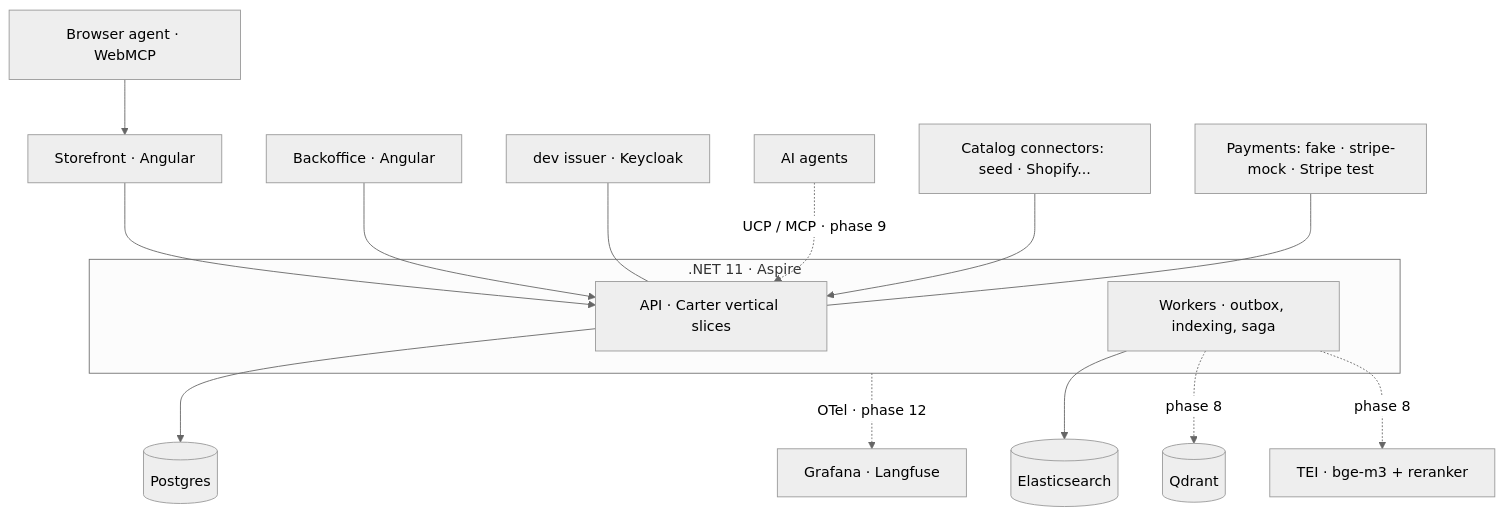
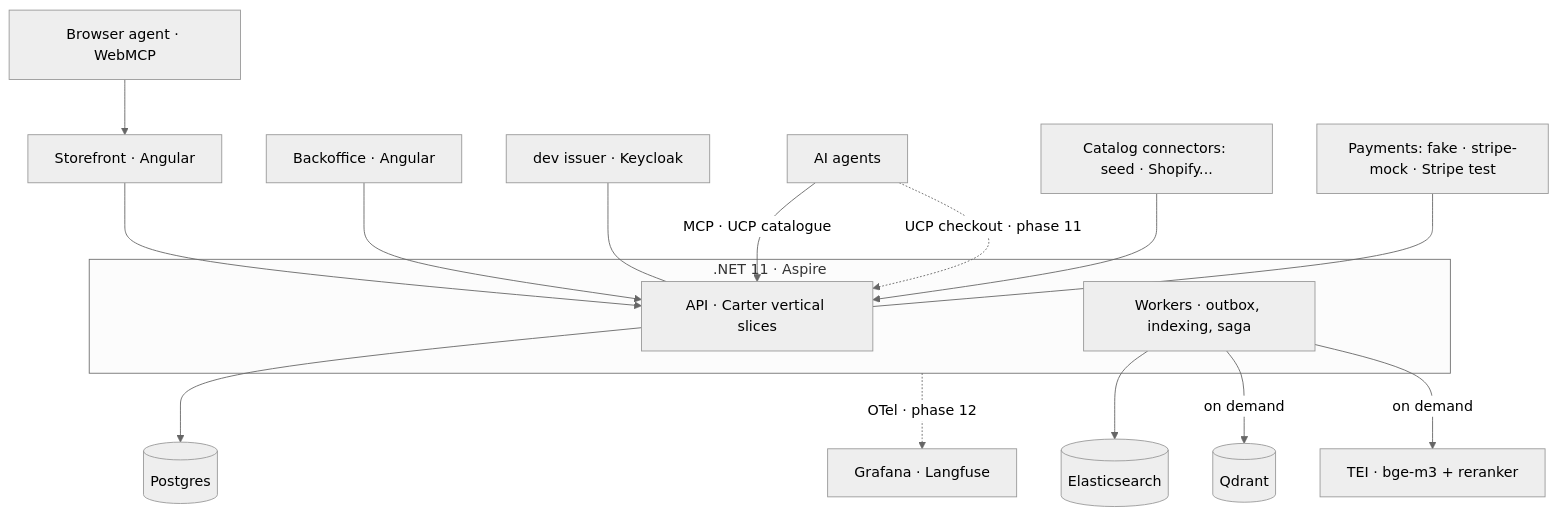
The diagram in README.md (juanluelguerre/tendero), drawn with Mermaid (neutral theme) before and after one commit. The commit also changed other lines of this file and 1 other file, not shown here.

````diff
--- a/README.md
+++ b/README.md
@@ -58,19 +61,20 @@
 ```mermaid
 flowchart TB
     WM[Browser agent · WebMCP] --> SF
     SF[Storefront · Angular] --> API
     BO[Backoffice · Angular] --> API
     IDP[dev issuer · Keycloak] --- API
-    AG[AI agents] -.->|UCP / MCP · phase 9| API
+    AG[AI agents] -->|MCP · UCP catalogue| API
+    AG -.->|UCP checkout · phase 11| API
     subgraph Backend [.NET 11 · Aspire]
         API[API · Carter vertical slices]
         WK[Workers · outbox, indexing, saga]
     end
     API --> PG[(Postgres)]
     WK --> ES[(Elasticsearch)]
-    WK -.->|phase 8| QD[(Qdrant)]
-    WK -.->|phase 8| OL[TEI · bge-m3 + reranker]
+    WK -->|on demand| QD[(Qdrant)]
+    WK -->|on demand| OL[TEI · bge-m3 + reranker]
     Backend -.->|OTel · phase 12| OBS[Grafana · Langfuse]
     EXT[Catalog connectors: seed · Shopify...] --> API
     PAY[Payments: fake · stripe-mock · Stripe test] --- API
 ```
````
